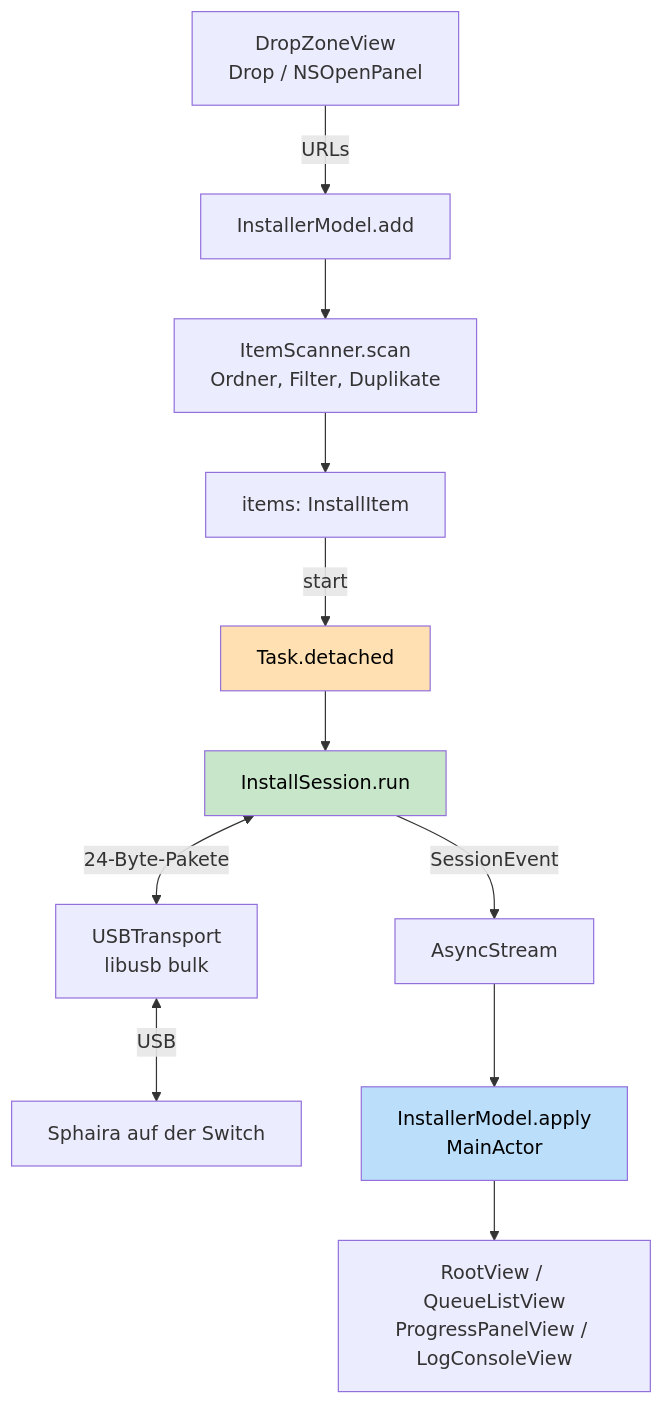
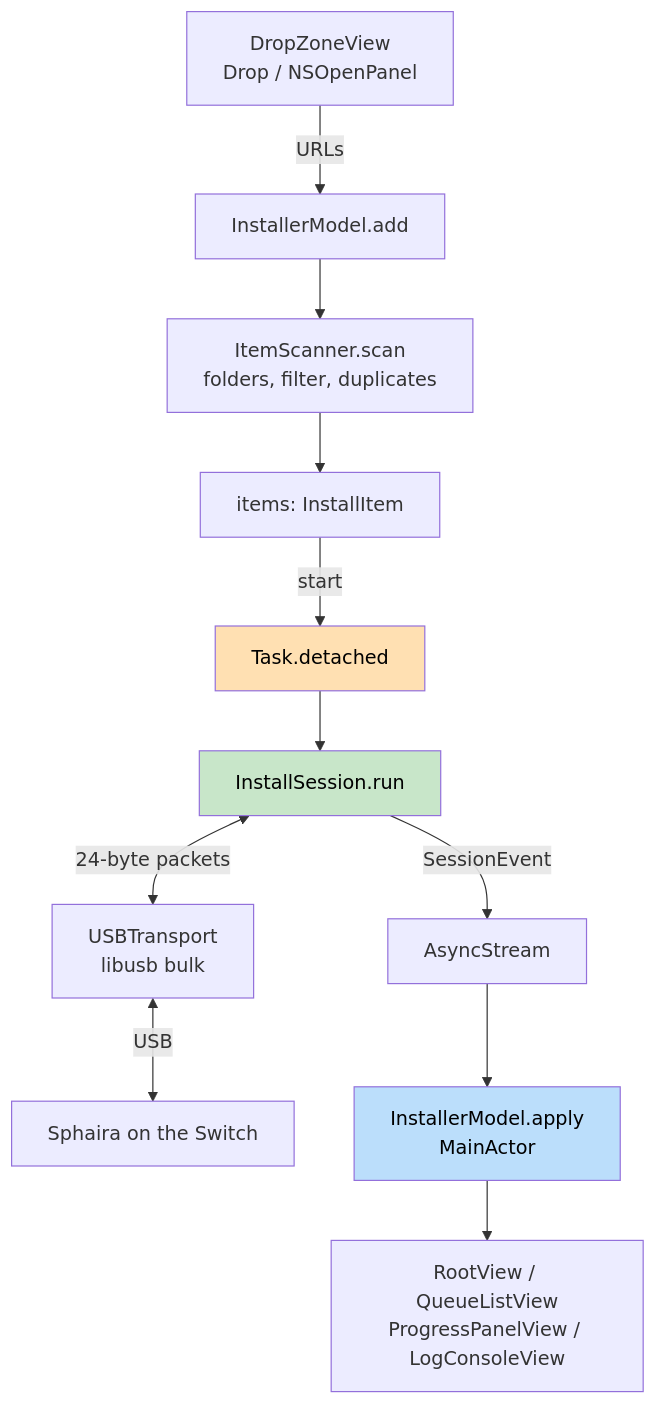
Before and after one commit to Marvbuster/sphaira-connect: the diagram in .wiki/articles/architecture/system-overview.md, drawn with Mermaid. The commit also changed other lines of this file and 54 other files, not shown here.

````diff
--- a/.wiki/articles/architecture/system-overview.md
+++ b/.wiki/articles/architecture/system-overview.md
@@ -83,17 +83,17 @@
 ```mermaid
 flowchart TD
     A[DropZoneView<br/>Drop / NSOpenPanel] -->|URLs| B[InstallerModel.add]
-    B --> C[ItemScanner.scan<br/>Ordner, Filter, Duplikate]
+    B --> C[ItemScanner.scan<br/>folders, filter, duplicates]
     C --> D[items: InstallItem]
     D -->|start| E[Task.detached]
     E --> F[InstallSession.run]
-    F <-->|24-Byte-Pakete| G[USBTransport<br/>libusb bulk]
-    G <-->|USB| H[Sphaira auf der Switch]
+    F <-->|24-byte packets| G[USBTransport<br/>libusb bulk]
+    G <-->|USB| H[Sphaira on the Switch]
     F -->|SessionEvent| I[AsyncStream]
     I --> J[InstallerModel.apply<br/>MainActor]
     J --> K[RootView / QueueListView<br/>ProgressPanelView / LogConsoleView]
 
     style E fill:#ffe0b2,color:#000
     style F fill:#c8e6c9,color:#000
     style J fill:#bbdefb,color:#000
 ```
````
